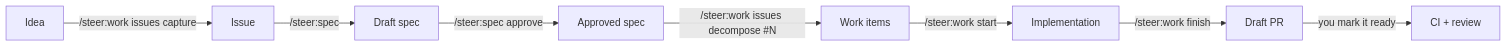
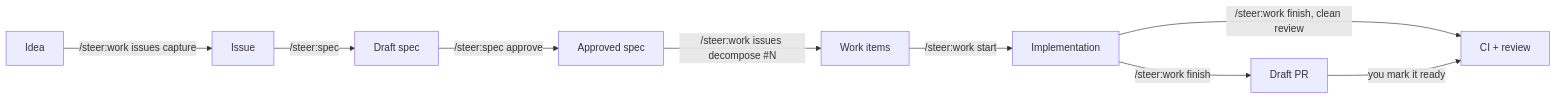
Before and after one commit to element22llc/e22-plugins: the diagram in docs/getting-started/first-workflow.md, drawn with Mermaid. The commit also changed other lines of this file and 25 other files, not shown here.

First line of the commit message:
feat(skills): open the /steer:work PR ready when the code gate is clean

````diff
--- a/docs/getting-started/first-workflow.md
+++ b/docs/getting-started/first-workflow.md
@@ -15,10 +15,11 @@
 ```mermaid
 flowchart LR
     A[Idea] -->|/steer:work issues capture| B[Issue]
     B -->|/steer:spec| C[Draft spec]
     C -->|/steer:spec approve| D[Approved spec]
     D -->|"/steer:work issues decompose #N"| E[Work items]
     E -->|/steer:work start| F[Implementation]
     F -->|/steer:work finish| G[Draft PR]
+    F -->|/steer:work finish, clean review| H
     G -->|you mark it ready| H[CI + review]
 ```
````
